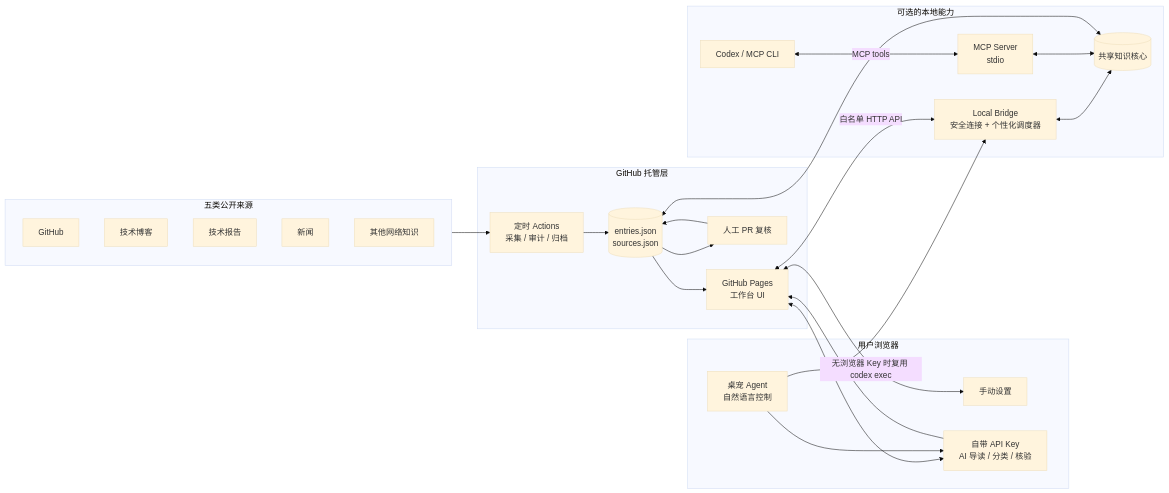
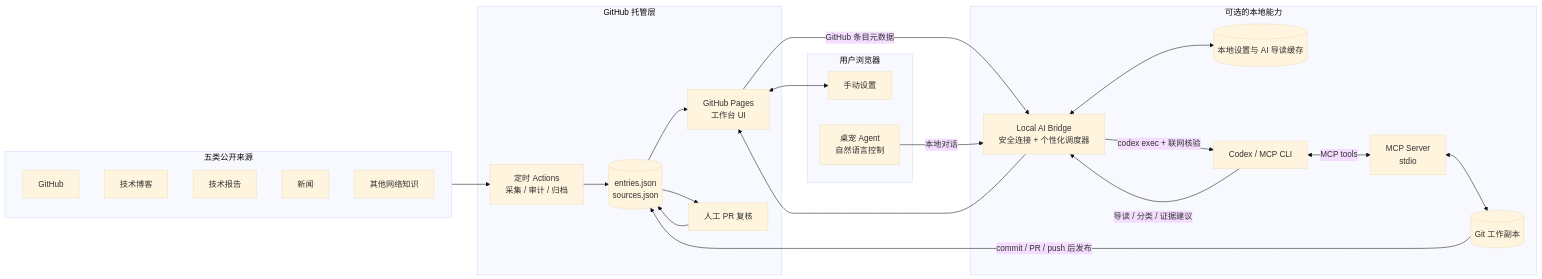
One commit to Alex-2000-m/agent-engineer-workbench changed the first of 2 diagrams in README.md. Above: the diagram before and after it, drawn with Mermaid (base theme). The commit also changed other lines of this file and 13 other files, not shown here.

Commit message:
Make local CLI the secure AI runtime

````diff
--- a/README.md
+++ b/README.md
@@ -12,40 +12,41 @@
 ```mermaid
 flowchart LR
   subgraph Sources[五类公开来源]
     GH[GitHub]
     BL[技术博客]
     RP[技术报告]
     NW[新闻]
     WB[其他网络知识]
   end
 
   subgraph GitHub[GitHub 托管层]
     Actions[定时 Actions<br/>采集 / 审计 / 归档]
     Repo[(entries.json<br/>sources.json)]
     Pages[GitHub Pages<br/>工作台 UI]
     PR[人工 PR 复核]
   end
 
   subgraph Browser[用户浏览器]
     Manual[手动设置]
-    BYOK[自带 API Key<br/>AI 导读 / 分类 / 核验]
     Pet[桌宠 Agent<br/>自然语言控制]
   end
 
   subgraph Local[可选的本地能力]
-    Bridge[Local Bridge<br/>安全连接 + 个性化调度器]
-    Core[(共享知识核心)]
+    Bridge[Local AI Bridge<br/>安全连接 + 个性化调度器]
+    Cache[(本地设置与 AI 导读缓存)]
     MCP[MCP Server<br/>stdio]
     CLI[Codex / MCP CLI]
+    Worktree[(Git 工作副本)]
   end
 
   Sources --> Actions --> Repo --> Pages
   Repo --> PR --> Repo
   Pages <--> Manual
-  Pages <--> BYOK
-  Pet --> BYOK --> Pages
-  Pet -->|无浏览器 Key 时复用 codex exec| Bridge
-  Pages <-->|白名单 HTTP API| Bridge <--> Core
-  CLI <-->|MCP tools| MCP <--> Core
-  Core <--> Repo
+  Pages -->|GitHub 条目元数据| Bridge
+  Bridge -->|codex exec + 联网核验| CLI
+  CLI -->|导读 / 分类 / 证据建议| Bridge --> Pages
+  Pet -->|本地对话| Bridge
+  Bridge <--> Cache
+  CLI <-->|MCP tools| MCP <--> Worktree
+  Worktree -->|commit / PR / push 后发布| Repo
 ```
````
